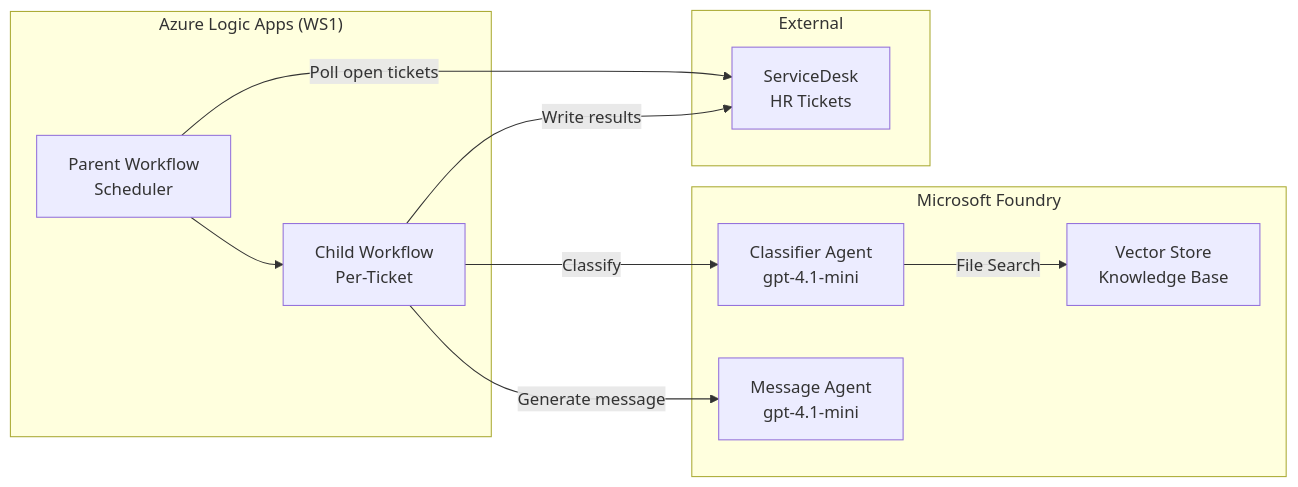
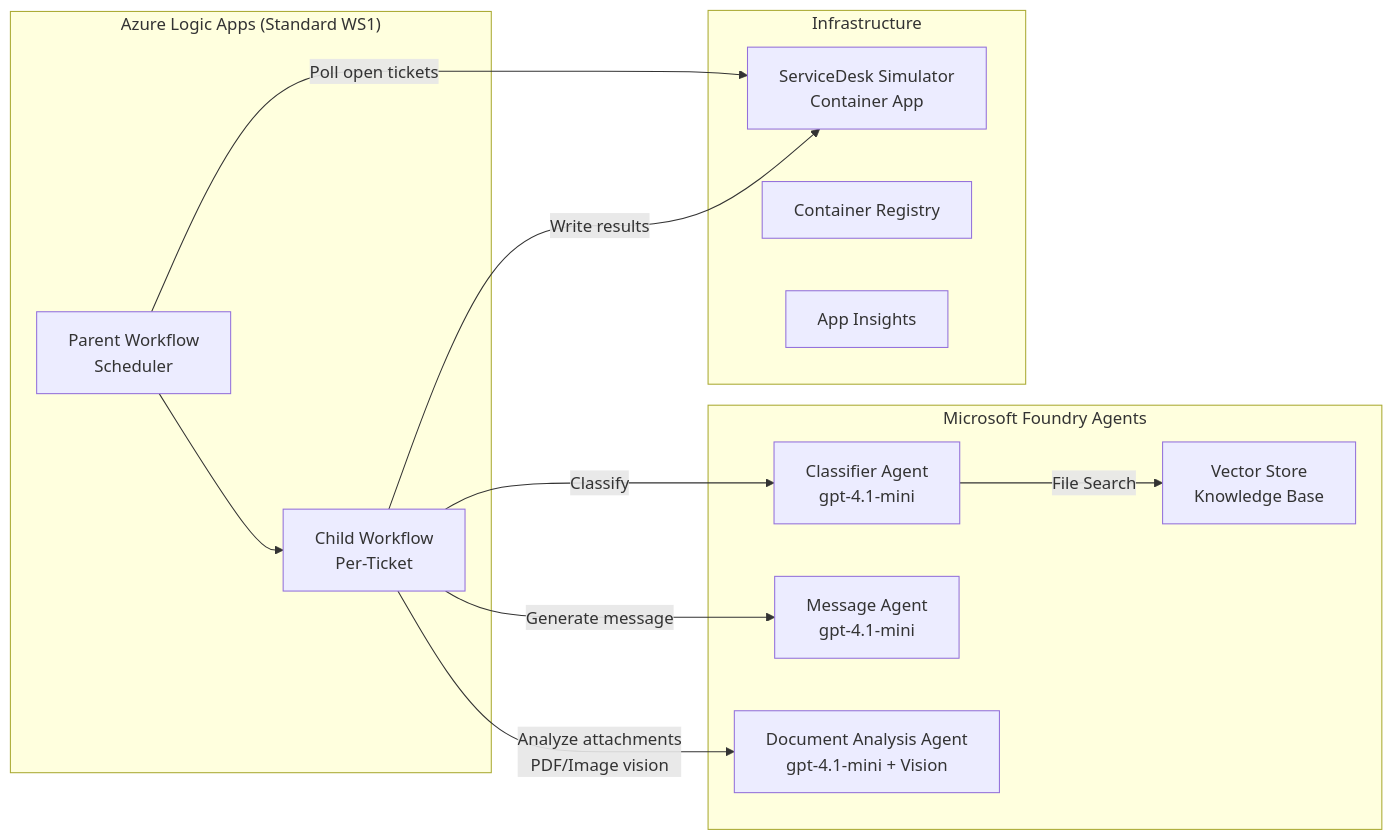
Before and after one commit to san360/ai-ticket-automation: the diagram in README.md, drawn with Mermaid. The commit also changed other lines of this file and 31 other files, not shown here.

First line of the commit message:
Remove stale files, add vision attachments, update README

````diff
--- a/README.md
+++ b/README.md
@@ -7,22 +7,26 @@
 ```mermaid
 graph LR
-    subgraph "Azure Logic Apps (WS1)"
+    subgraph "Azure Logic Apps (Standard WS1)"
         A[Parent Workflow<br/>Scheduler] --> B[Child Workflow<br/>Per-Ticket]
     end
     
-    subgraph "Microsoft Foundry"
+    subgraph "Microsoft Foundry Agents"
         C[Classifier Agent<br/>gpt-4.1-mini]
         D[Message Agent<br/>gpt-4.1-mini]
-        E[Vector Store<br/>Knowledge Base]
+        E[Document Analysis Agent<br/>gpt-4.1-mini + Vision]
+        F[Vector Store<br/>Knowledge Base]
     end
     
-    subgraph "External"
-        F[ServiceDesk<br/>HR Tickets]
+    subgraph "Infrastructure"
+        G[ServiceDesk Simulator<br/>Container App]
+        H[Container Registry]
+        I[App Insights]
     end
     
-    A -->|Poll open tickets| F
+    A -->|Poll open tickets| G
     B -->|Classify| C
-    C -->|File Search| E
+    C -->|File Search| F
+    B -->|Analyze attachments<br/>PDF/Image vision| E
     B -->|Generate message| D
-    B -->|Write results| F
+    B -->|Write results| G
 ```
````
